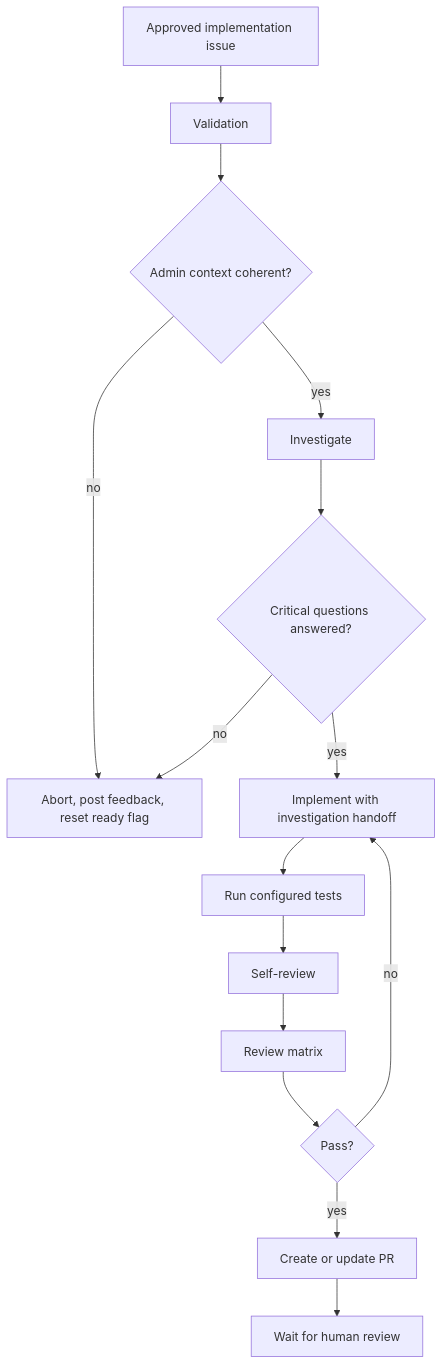
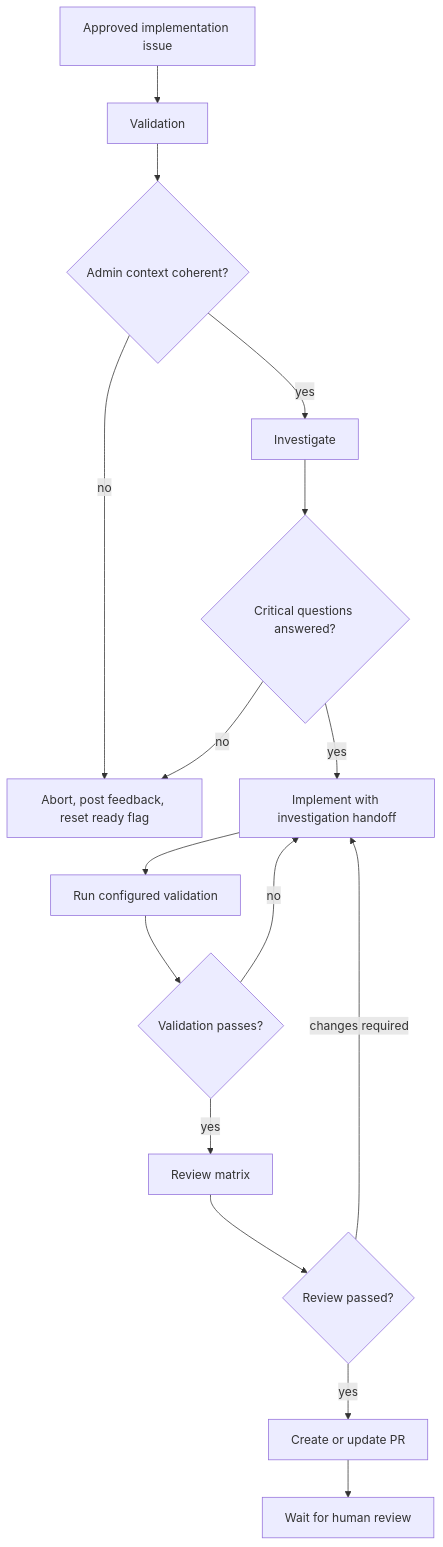
The second of 5 diagrams in docs/WORKFLOW.md (markhuangai/git-vibe), drawn with Mermaid before and after one commit. The commit also changed other lines of this file and 22 other files, not shown here.

````diff
--- a/docs/WORKFLOW.md
+++ b/docs/WORKFLOW.md
@@ -106,17 +106,18 @@
 ```mermaid
 flowchart TD
   A[Approved implementation issue] --> B[Validation]
   B --> C{Admin context coherent?}
   C -->|no| D[Abort, post feedback, reset ready flag]
   C -->|yes| E[Investigate]
   E --> F{Critical questions answered?}
   F -->|no| D
   F -->|yes| G[Implement with investigation handoff]
-  G --> H[Run configured tests]
-  H --> I[Self-review]
-  I --> J[Review matrix]
-  J --> K{Pass?}
-  K -->|no| G
+  G --> H[Run configured validation]
+  H --> I{Validation passes?}
+  I -->|no| G
+  I -->|yes| J[Review matrix]
+  J --> K{Review passed?}
+  K -->|changes required| G
   K -->|yes| L[Create or update PR]
   L --> M[Wait for human review]
 ```
````
